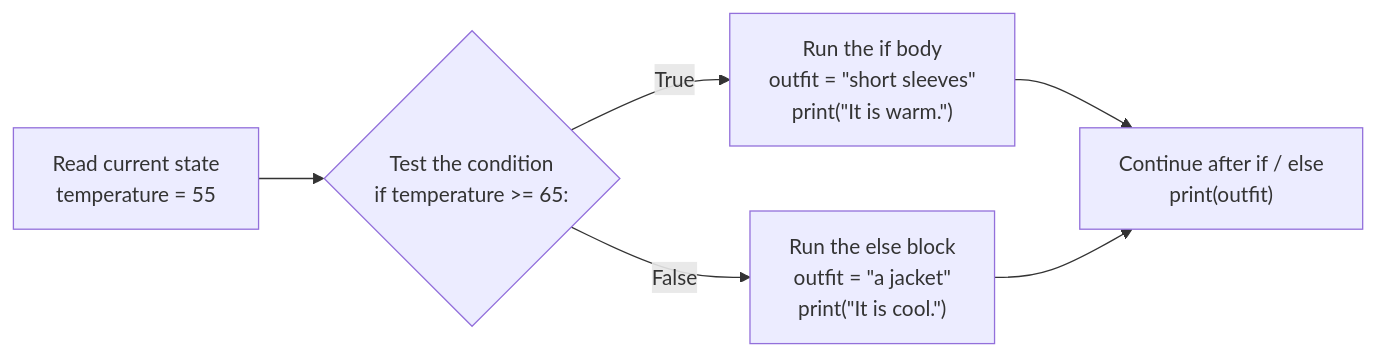
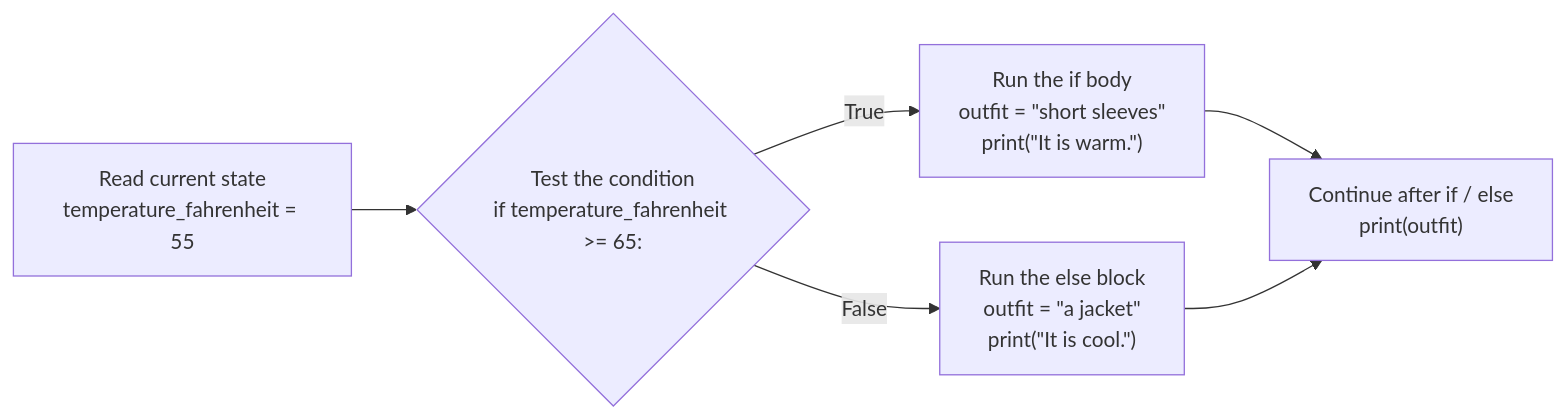
One commit to comp110/comp110-book changed the second of 4 diagrams in docs/control_flow/if_statements.md. Above: the diagram before and after it, drawn with Mermaid. The commit also changed other lines of this file and 4 other files, not shown here.

````diff
--- a/docs/control_flow/if_statements.md
+++ b/docs/control_flow/if_statements.md
@@ -67,8 +71,8 @@
 ```mermaid
 flowchart LR
-    Start["Read current state<br/>temperature = 55"] --> Test{"Test the condition<br/>if temperature >= 65:"}
+    Start["Read current state<br/>temperature_fahrenheit = 55"] --> Test{"Test the condition<br/>if temperature_fahrenheit >= 65:"}
     Test -->|True| IfBody["Run the if body<br/>outfit = &quot;short sleeves&quot;<br/>print(&quot;It is warm.&quot;)"]
     Test -->|False| ElseBody["Run the else block<br/>outfit = &quot;a jacket&quot;<br/>print(&quot;It is cool.&quot;)"]
     IfBody --> Continue["Continue after if / else<br/>print(outfit)"]
     ElseBody --> Continue
 ```
````
